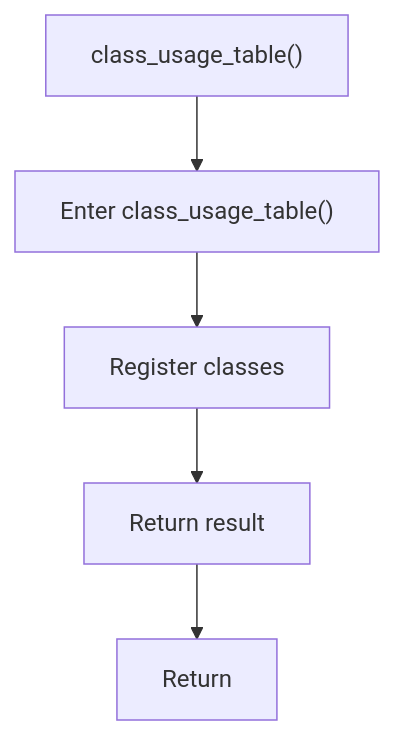
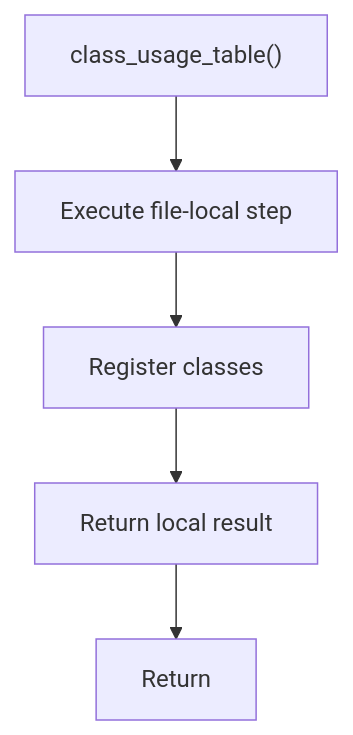
One commit to JohnAndrewBalbarosa/NeoTerritory changed the diagram in docs/Codebase/Microservice/Modules/Source/Analysis/ImplementationUse/Resolution/Symbols/Query/Flow/functions/class_usage_table.cpp.md. Above: the diagram before and after it, drawn with Mermaid. The commit also changed other lines of this file and 925 other files, not shown here.

````diff
--- a/docs/Codebase/Microservice/Modules/Source/Analysis/ImplementationUse/Resolution/Symbols/Query/Flow/functions/class_usage_table.cpp.md
+++ b/docs/Codebase/Microservice/Modules/Source/Analysis/ImplementationUse/Resolution/Symbols/Query/Flow/functions/class_usage_table.cpp.md
@@ -17,12 +17,12 @@
 ```mermaid
 flowchart TD
     Start["class_usage_table()"]
-    N0["Enter class_usage_table()"]
+    N0["Execute file-local step"]
     N1["Register classes"]
-    N2["Return result"]
+    N2["Return local result"]
     End["Return"]
     Start --> N0
     N0 --> N1
     N1 --> N2
     N2 --> End
 ```
````
